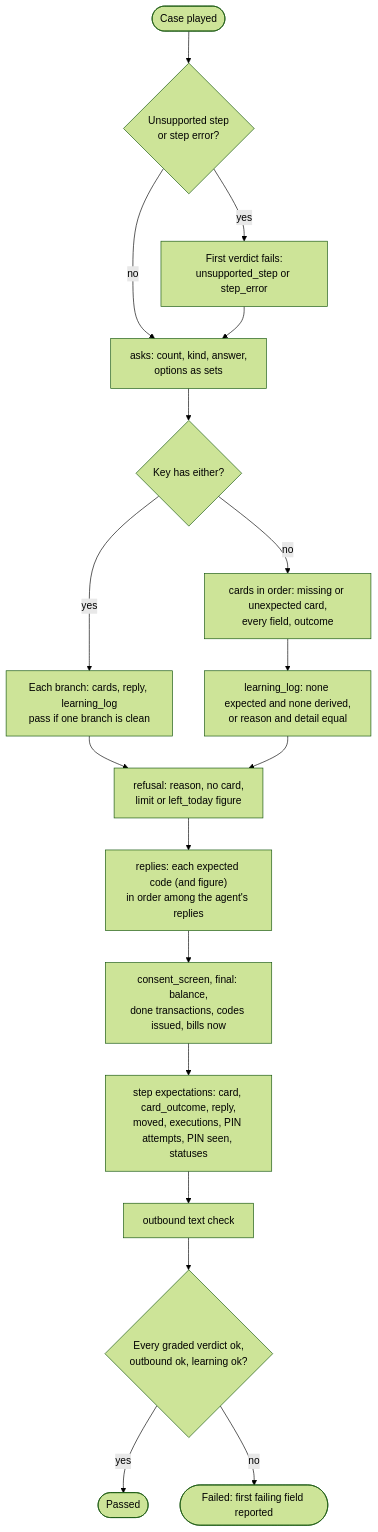
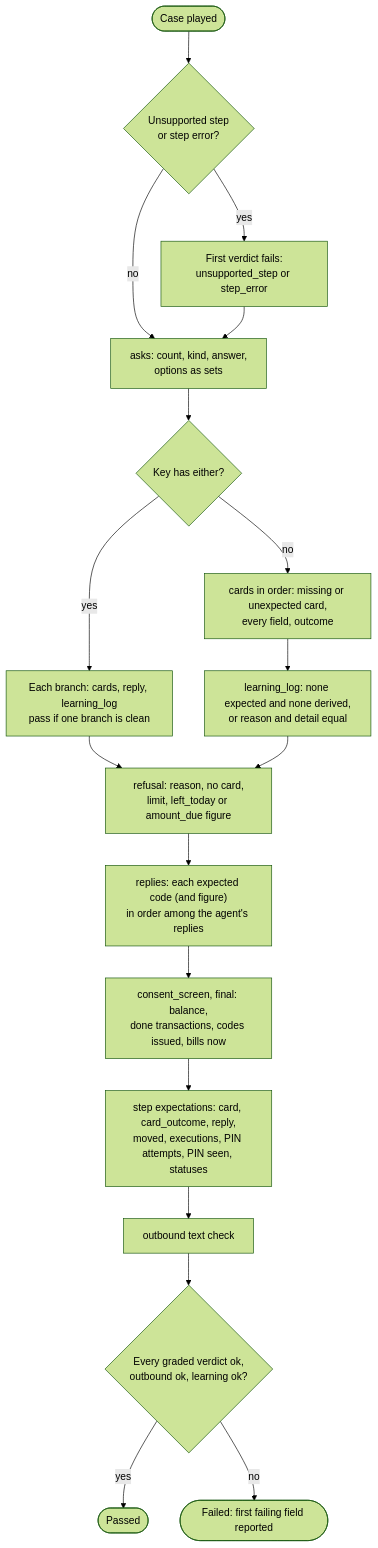
Before and after one commit to Khalil-Alhadidi/Naqoli: the second of 3 diagrams in docs/agent-eval.md, drawn with Mermaid (forest theme). The commit also changed other lines of this file and 15 other files, not shown here.

Commit message:
feat(agent): part of a bill is refused with the full amount from the biller (D9); ADD-04 and ADD-05 drafted for Khalil; amount_due graded

````diff
--- a/docs/agent-eval.md
+++ b/docs/agent-eval.md
@@ -92,20 +92,20 @@
 ```mermaid
 flowchart TD
     start(["Case played"]) --> stopped{"Unsupported step<br/>or step error?"}
     stopped -- yes --> failFirst["First verdict fails:<br/>unsupported_step or step_error"]
     stopped -- no --> asks
     failFirst --> asks["asks: count, kind, answer,<br/>options as sets"]
     asks --> either{"Key has either?"}
     either -- yes --> branches["Each branch: cards, reply, learning_log<br/>pass if one branch is clean"]
     either -- no --> cards["cards in order: missing or unexpected card,<br/>every field, outcome"]
     cards --> learning["learning_log: none expected and none derived,<br/>or reason and detail equal"]
     branches --> refusal
-    learning --> refusal["refusal: reason, no card,<br/>limit or left_today figure"]
+    learning --> refusal["refusal: reason, no card,<br/>limit, left_today or amount_due figure"]
     refusal --> replies["replies: each expected code (and figure)<br/>in order among the agent's replies"]
     replies --> final["consent_screen, final: balance,<br/>done transactions, codes issued, bills now"]
     final --> steps["step expectations: card, card_outcome, reply,<br/>moved, executions, PIN attempts, PIN seen, statuses"]
     steps --> outbound["outbound text check"]
     outbound --> passed{"Every graded verdict ok,<br/>outbound ok, learning ok?"}
     passed -- yes --> pass(["Passed"])
     passed -- no --> fail(["Failed: first failing field reported"])
 ```
````
